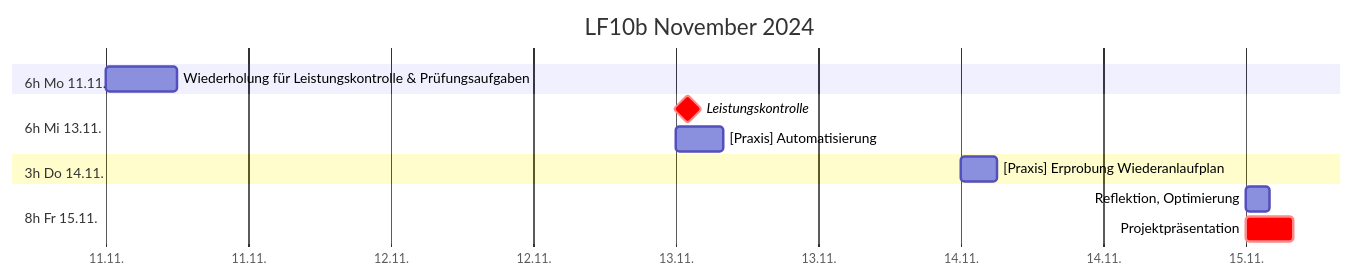
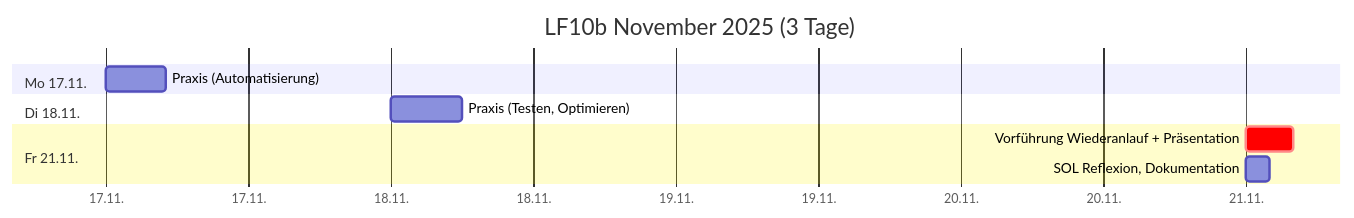
One commit to johannesloetzsch/LF10b changed the third of 3 diagrams in src/plan.md. Above: the diagram before and after it, drawn with Mermaid. The commit also changed other lines of this file and 26 other files, not shown here.

````diff
--- a/src/plan.md
+++ b/src/plan.md
@@ -29,16 +48,13 @@
 ```mermaid
 gantt
- title LF10b November 2024
+ title LF10b November 2025 (3 Tage)
  dateFormat YYYY-MM-DD
  axisFormat %d.%m.
- section 6h Mo 11.11.
-  Wiederholung für Leistungskontrolle & Prüfungsaufgaben  :2024-11-11, 6h
- section 6h Mi 13.11.
-  Leistungskontrolle            :crit, milestone, 2024-11-13, 2h
-  [Praxis] Automatisierung      :2024-11-13, 4h
- section 3h Do 14.11.
-  [Praxis] Erprobung Wiederanlaufplan  :2024-11-14, 3h
- section 8h Fr 15.11.
-  Reflektion, Optimierung       :2024-11-15, 2h
-  Projektpräsentation           :crit, 2024-11-15, 4h
+ section Mo 17.11.
+  Praxis (Automatisierung)      :2025-11-17, 5h
+ section Di 18.11.
+  Praxis (Testen, Optimieren)   :2025-11-18, 6h
+ section Fr 21.11.
+  Vorführung Wiederanlauf + Präsentation  :crit, 2025-11-21, 4h
+  SOL Reflexion, Dokumentation  :2025-11-21, 2h
 ```
````
